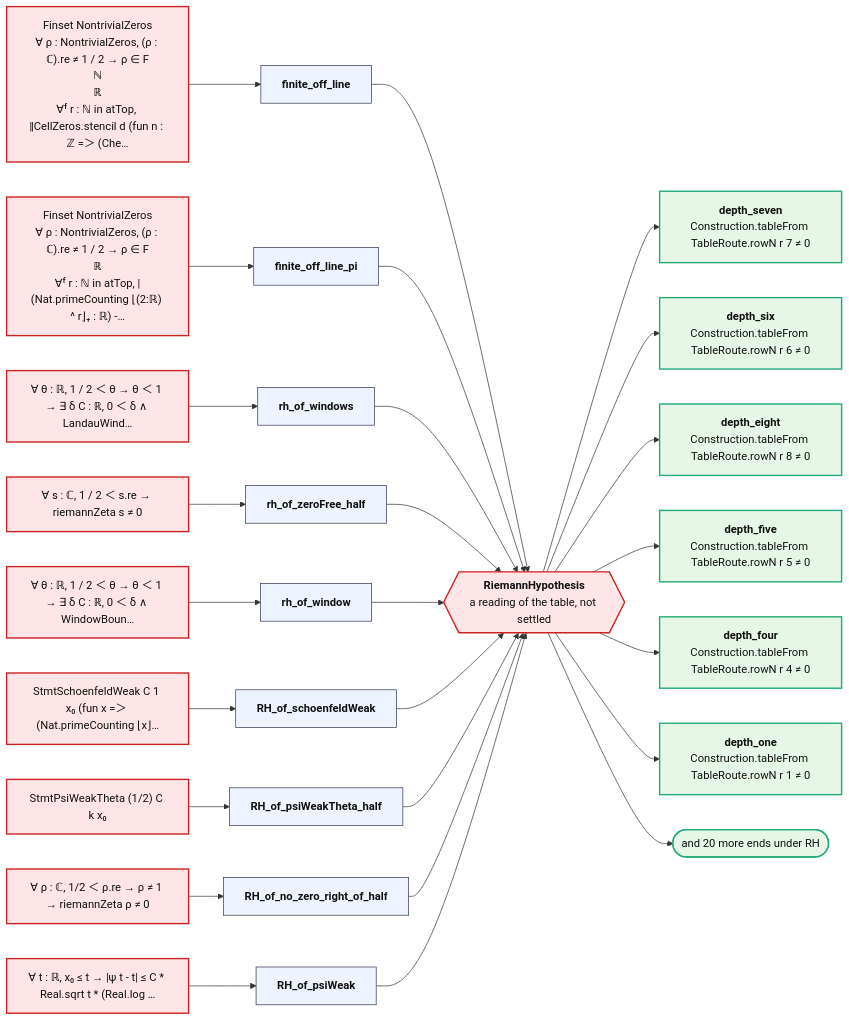
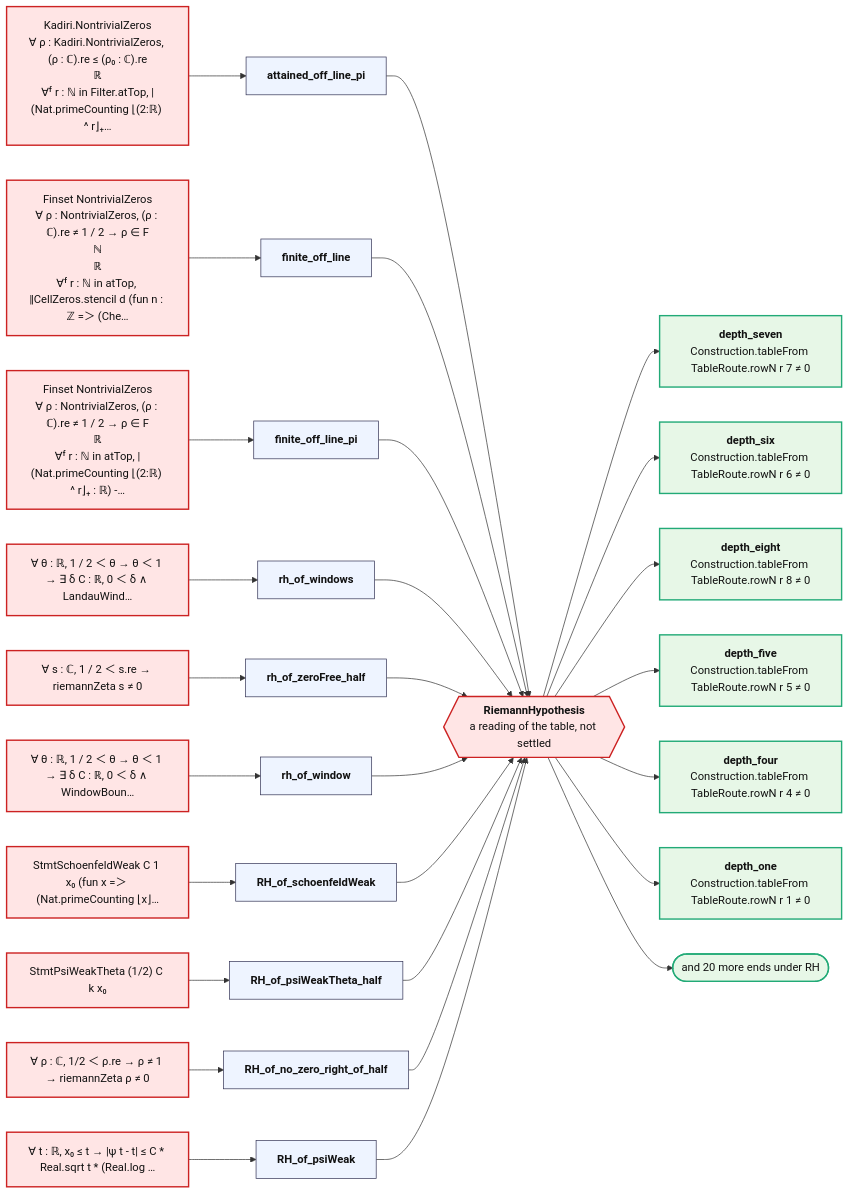
Before and after one commit to juliansambranojr/Primebeat_081426: the diagram in map/ROAD.md, drawn with Mermaid. The commit also changed other lines of this file and 50 other files, not shown here.

First line of the commit message:
C7: joint 10 on the count when the largest real part of the zeros is attained (unit 0456)

````diff
--- a/map/ROAD.md
+++ b/map/ROAD.md
@@ -5,53 +5,56 @@
 ```mermaid
 flowchart LR
   rh{{"<b>RiemannHypothesis</b><br/>a reading of the table, not settled"}}:::bad
-  p0["Finset NontrivialZeros<br/>∀ ρ : NontrivialZeros, (ρ : ℂ).re ≠ 1 / 2 → ρ ∈ F<br/>ℕ<br/>ℝ<br/>∀ᶠ r : ℕ in atTop, ‖CellZeros.stencil d (fun n : ℤ =＞ (Che…"]:::bad
-  t0["<b>finite_off_line</b>"]:::thm
+  p0["Kadiri.NontrivialZeros<br/>∀ ρ : Kadiri.NontrivialZeros, (ρ : ℂ).re ≤ (ρ₀ : ℂ).re<br/>ℝ<br/>∀ᶠ r : ℕ in Filter.atTop, |(Nat.primeCounting ⌊(2:ℝ) ^ r⌋₊…"]:::bad
+  t0["<b>attained_off_line_pi</b>"]:::thm
   p0 --> t0 --> rh
-  p1["Finset NontrivialZeros<br/>∀ ρ : NontrivialZeros, (ρ : ℂ).re ≠ 1 / 2 → ρ ∈ F<br/>ℝ<br/>∀ᶠ r : ℕ in atTop, |(Nat.primeCounting ⌊(2:ℝ) ^ r⌋₊ : ℝ) -…"]:::bad
-  t1["<b>finite_off_line_pi</b>"]:::thm
+  p1["Finset NontrivialZeros<br/>∀ ρ : NontrivialZeros, (ρ : ℂ).re ≠ 1 / 2 → ρ ∈ F<br/>ℕ<br/>ℝ<br/>∀ᶠ r : ℕ in atTop, ‖CellZeros.stencil d (fun n : ℤ =＞ (Che…"]:::bad
+  t1["<b>finite_off_line</b>"]:::thm
   p1 --> t1 --> rh
-  p2["∀ θ : ℝ, 1 / 2 ＜ θ → θ ＜ 1 → ∃ δ C : ℝ, 0 ＜ δ ∧ LandauWind…"]:::bad
-  t2["<b>rh_of_windows</b>"]:::thm
+  p2["Finset NontrivialZeros<br/>∀ ρ : NontrivialZeros, (ρ : ℂ).re ≠ 1 / 2 → ρ ∈ F<br/>ℝ<br/>∀ᶠ r : ℕ in atTop, |(Nat.primeCounting ⌊(2:ℝ) ^ r⌋₊ : ℝ) -…"]:::bad
+  t2["<b>finite_off_line_pi</b>"]:::thm
   p2 --> t2 --> rh
-  p3["∀ s : ℂ, 1 / 2 ＜ s.re → riemannZeta s ≠ 0"]:::bad
-  t3["<b>rh_of_zeroFree_half</b>"]:::thm
+  p3["∀ θ : ℝ, 1 / 2 ＜ θ → θ ＜ 1 → ∃ δ C : ℝ, 0 ＜ δ ∧ LandauWind…"]:::bad
+  t3["<b>rh_of_windows</b>"]:::thm
   p3 --> t3 --> rh
-  p4["∀ θ : ℝ, 1 / 2 ＜ θ → θ ＜ 1 → ∃ δ C : ℝ, 0 ＜ δ ∧ WindowBoun…"]:::bad
-  t4["<b>rh_of_window</b>"]:::thm
+  p4["∀ s : ℂ, 1 / 2 ＜ s.re → riemannZeta s ≠ 0"]:::bad
+  t4["<b>rh_of_zeroFree_half</b>"]:::thm
   p4 --> t4 --> rh
-  p5["StmtSchoenfeldWeak C 1 x₀ (fun x =＞ (Nat.primeCounting ⌊x⌋…"]:::bad
-  t5["<b>RH_of_schoenfeldWeak</b>"]:::thm
+  p5["∀ θ : ℝ, 1 / 2 ＜ θ → θ ＜ 1 → ∃ δ C : ℝ, 0 ＜ δ ∧ WindowBoun…"]:::bad
+  t5["<b>rh_of_window</b>"]:::thm
   p5 --> t5 --> rh
-  p6["StmtPsiWeakTheta (1/2) C k x₀"]:::bad
-  t6["<b>RH_of_psiWeakTheta_half</b>"]:::thm
+  p6["StmtSchoenfeldWeak C 1 x₀ (fun x =＞ (Nat.primeCounting ⌊x⌋…"]:::bad
+  t6["<b>RH_of_schoenfeldWeak</b>"]:::thm
   p6 --> t6 --> rh
-  p7["∀ ρ : ℂ, 1/2 ＜ ρ.re → ρ ≠ 1 → riemannZeta ρ ≠ 0"]:::bad
-  t7["<b>RH_of_no_zero_right_of_half</b>"]:::thm
+  p7["StmtPsiWeakTheta (1/2) C k x₀"]:::bad
+  t7["<b>RH_of_psiWeakTheta_half</b>"]:::thm
   p7 --> t7 --> rh
-  p8["∀ t : ℝ, x₀ ≤ t → |ψ t - t| ≤ C * Real.sqrt t * (Real.log …"]:::bad
-  t8["<b>RH_of_psiWeak</b>"]:::thm
+  p8["∀ ρ : ℂ, 1/2 ＜ ρ.re → ρ ≠ 1 → riemannZeta ρ ≠ 0"]:::bad
+  t8["<b>RH_of_no_zero_right_of_half</b>"]:::thm
   p8 --> t8 --> rh
+  p9["∀ t : ℝ, x₀ ≤ t → |ψ t - t| ≤ C * Real.sqrt t * (Real.log …"]:::bad
+  t9["<b>RH_of_psiWeak</b>"]:::thm
+  p9 --> t9 --> rh
   e0["<b>depth_seven</b><br/>Construction.tableFrom TableRoute.rowN r 7 ≠ 0"]:::end_
   rh --> e0
   e1["<b>depth_six</b><br/>Construction.tableFrom TableRoute.rowN r 6 ≠ 0"]:::end_
   rh --> e1
   e2["<b>depth_eight</b><br/>Construction.tableFrom TableRoute.rowN r 8 ≠ 0"]:::end_
   rh --> e2
   e3["<b>depth_five</b><br/>Construction.tableFrom TableRoute.rowN r 5 ≠ 0"]:::end_
   rh --> e3
   e4["<b>depth_four</b><br/>Construction.tableFrom TableRoute.rowN r 4 ≠ 0"]:::end_
   rh --> e4
   e5["<b>depth_one</b><br/>Construction.tableFrom TableRoute.rowN r 1 ≠ 0"]:::end_
   rh --> e5
   more(["and 20 more ends under RH"]):::end_
   rh --> more
   classDef cnt fill:#dff5ec,stroke:#17694a,color:#111
   classDef shp fill:#f1ecfb,stroke:#5b3fa0,color:#111
   classDef rh fill:#ffe5e5,stroke:#c22,color:#111,stroke-width:2px
   classDef thm fill:#eef4ff,stroke:#335,color:#111
   classDef end_ fill:#e7f7e7,stroke:#2a7,color:#111,stroke-width:2px
   classDef lone fill:#fff,stroke:#999,color:#111,stroke-dasharray:4 3
   classDef bad fill:#ffe5e5,stroke:#c22,color:#111,stroke-width:2px
   classDef ext fill:#fff8e1,stroke:#b80,color:#111
 ```
````
